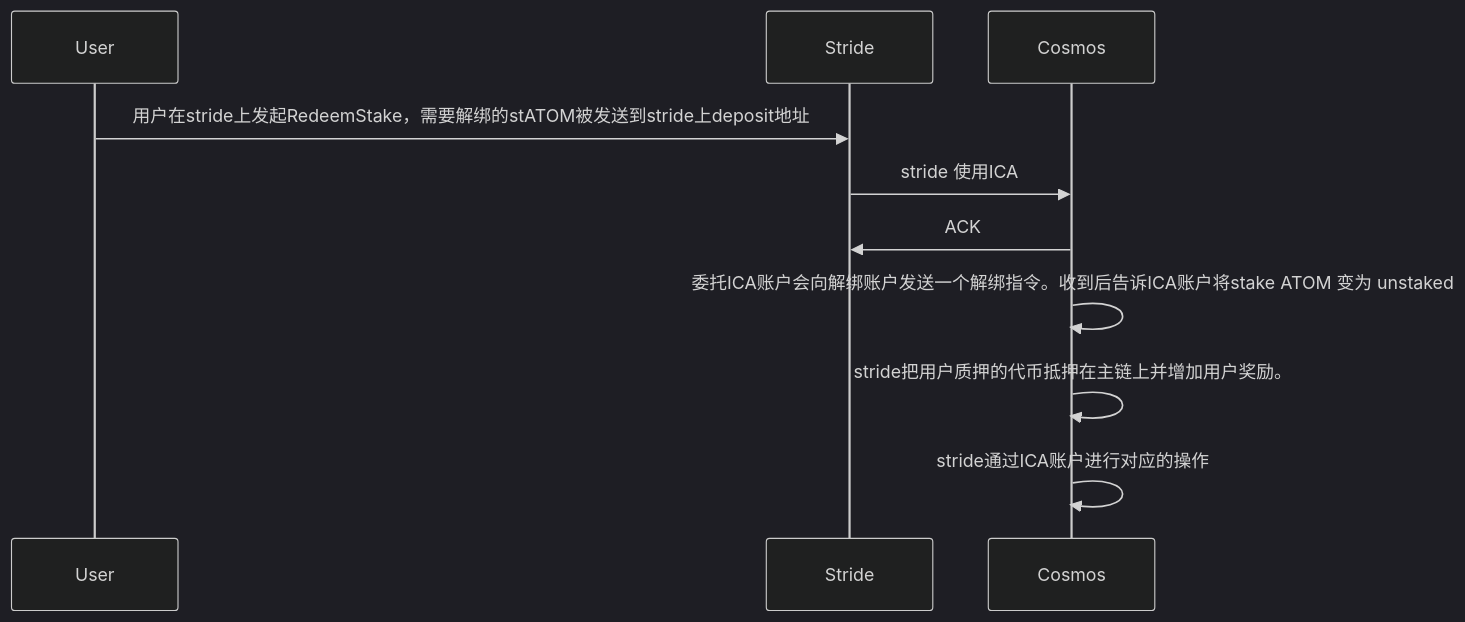
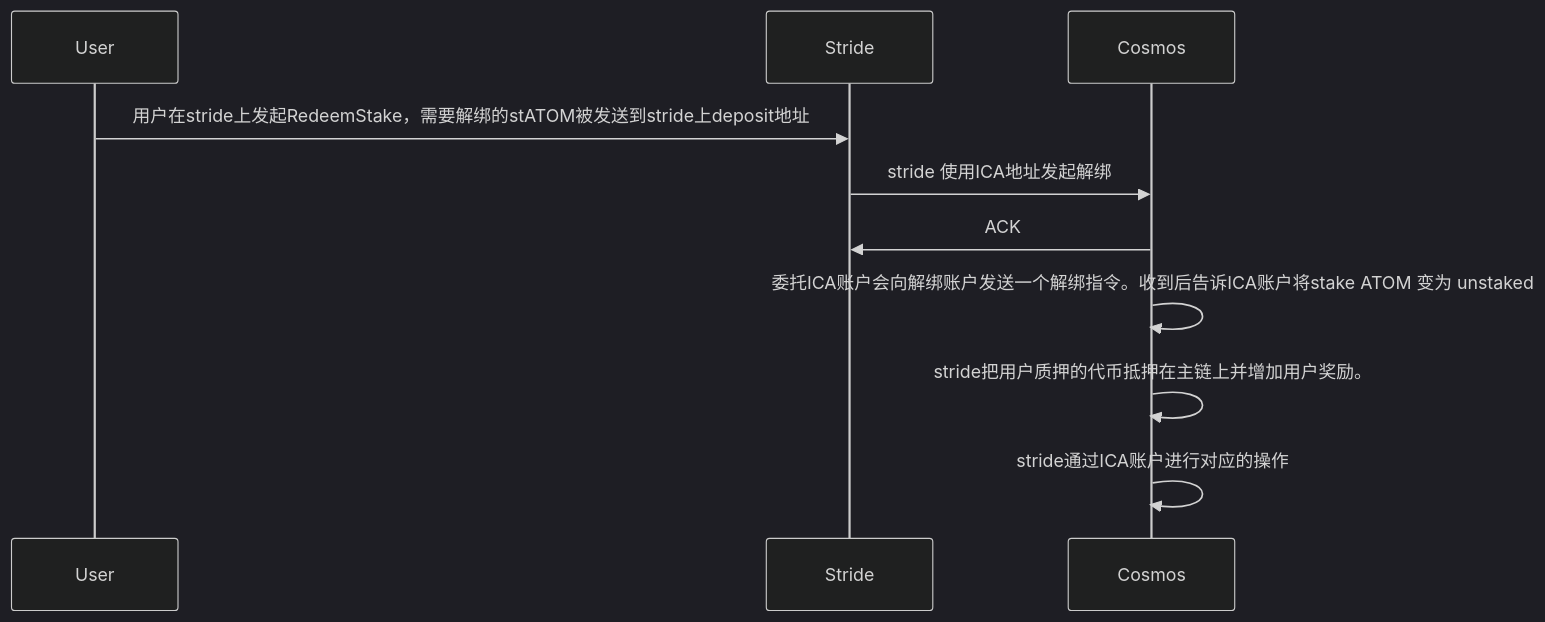
Before and after one commit to yingjianzh/iodraw-files: the diagram in all/unbonding.md, drawn with Mermaid (dark theme).

Commit message:
2024-03-28 15:31:01 update

````diff
--- a/all/unbonding.md
+++ b/all/unbonding.md
@@ -1,9 +1,9 @@
 ```mermaid
 sequenceDiagram
     User->>Stride: 用户在stride上发起RedeemStake，需要解绑的stATOM被发送到stride上deposit地址
-    Stride->>Cosmos: stride 使用ICA
+    Stride->>Cosmos: stride 使用ICA地址发起解绑
     Cosmos->>Stride: ACK
     Cosmos->>Cosmos: 委托ICA账户会向解绑账户发送一个解绑指令。收到后告诉ICA账户将stake ATOM 变为 unstaked
     Cosmos->>Cosmos: stride把用户质押的代币抵押在主链上并增加用户奖励。
     Cosmos->>Cosmos: stride通过ICA账户进行对应的操作
 ```
````
